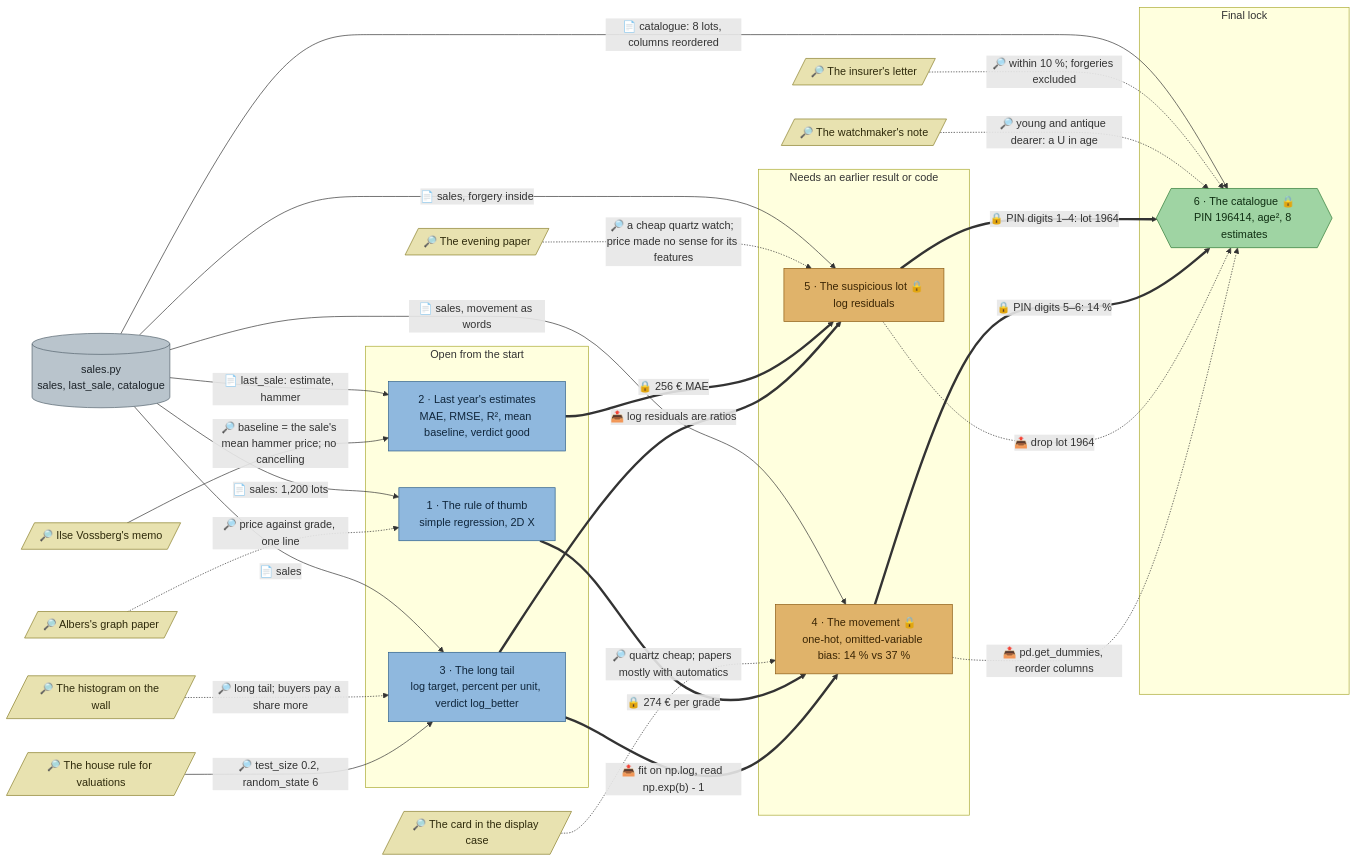
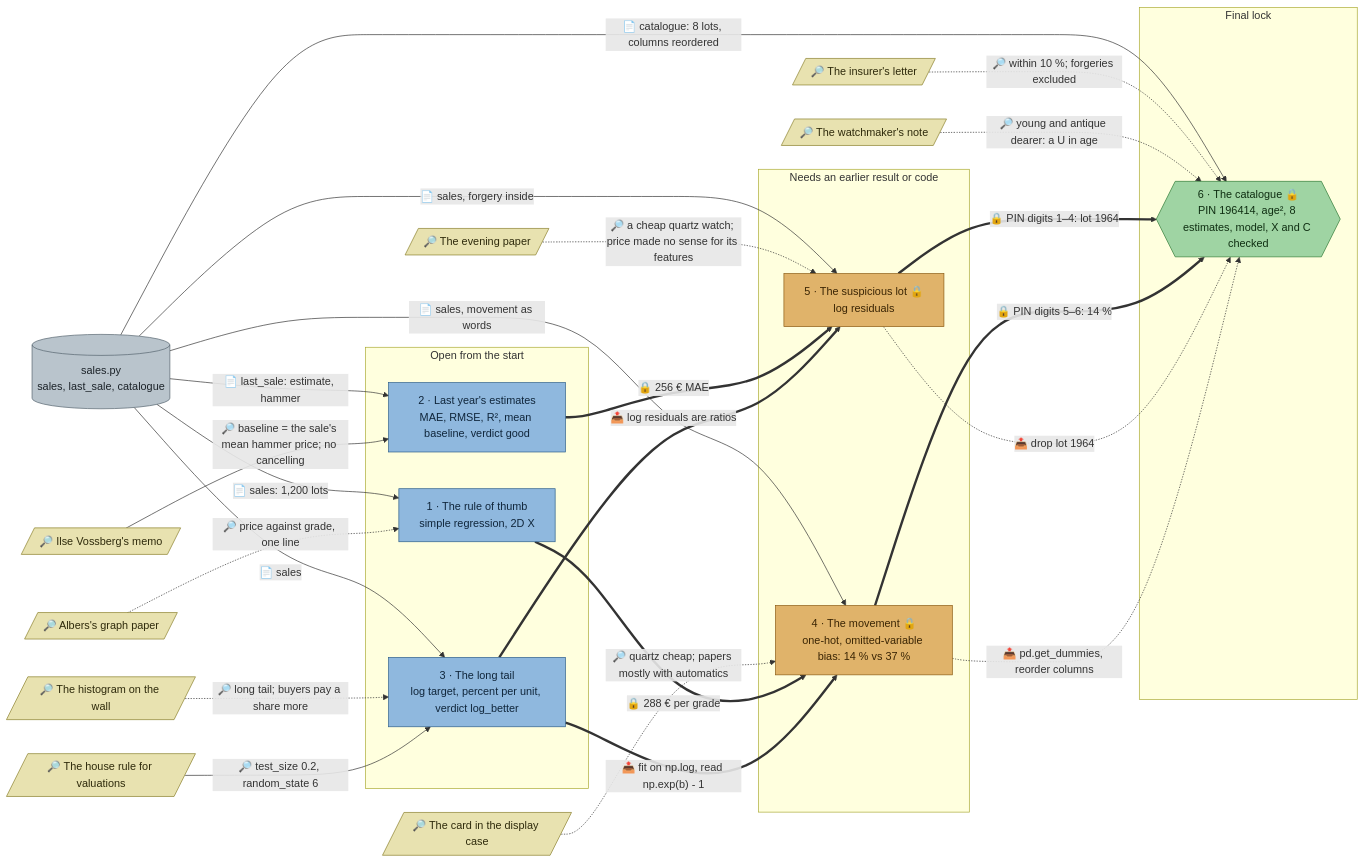
The diagram in docs/flows/ml-auction.md (mhoffmann-wbs/DataScienceEscapeRooms), drawn with Mermaid before and after one commit. The commit also changed other lines of this file and 7 other files, not shown here.

Commit message:
Going Once: the forgery is no longer the dearest quartz, no-name or young watch (it sold for 6,000 € and three genuine lots sold dearer), and the final also checks the team's own model, X and C (no forged lot in X, a log model with age squared, estimates equal to the model's own predictions)

````diff
--- a/docs/flows/ml-auction.md
+++ b/docs/flows/ml-auction.md
@@ -5,64 +5,64 @@
 ```mermaid
 flowchart LR
   alberssketch[/"🔎 Albers's graph paper"/]
   ilsememo[/"🔎 Ilse Vossberg's memo"/]
   histogram[/"🔎 The histogram on the wall"/]
   houserule[/"🔎 The house rule for valuations"/]
   movementcard[/"🔎 The card in the display case"/]
   newspaper[/"🔎 The evening paper"/]
   insurerletter[/"🔎 The insurer's letter"/]
   workshopnote[/"🔎 The watchmaker's note"/]
 
   d_all[("sales.py<br/>sales, last_sale, catalogue")]
 
   subgraph p1["Open from the start"]
     rule["1 · The rule of thumb<br/>simple regression, 2D X"]
     estimates["2 · Last year's estimates<br/>MAE, RMSE, R², mean baseline, verdict good"]
     tail["3 · The long tail<br/>log target, percent per unit, verdict log_better"]
   end
 
   subgraph p2["Needs an earlier result or code"]
     movement["4 · The movement 🔒<br/>one-hot, omitted-variable bias: 14 % vs 37 %"]
     forgery["5 · The suspicious lot 🔒<br/>log residuals"]
   end
 
   subgraph p3["Final lock"]
-    catalogue{{"6 · The catalogue 🔒<br/>PIN 196414, age², 8 estimates"}}
+    catalogue{{"6 · The catalogue 🔒<br/>PIN 196414, age², 8 estimates, model, X and C checked"}}
   end
 
   d_all -->|"📄 sales: 1,200 lots"| rule
   d_all -->|"📄 last_sale: estimate, hammer"| estimates
   d_all -->|"📄 sales"| tail
   d_all -->|"📄 sales, movement as words"| movement
   d_all -->|"📄 sales, forgery inside"| forgery
   d_all -->|"📄 catalogue: 8 lots, columns reordered"| catalogue
 
   alberssketch -.->|"🔎 price against grade, one line"| rule
   ilsememo -->|"🔎 baseline = the sale's mean hammer price; no cancelling"| estimates
   histogram -.->|"🔎 long tail; buyers pay a share more"| tail
   houserule -->|"🔎 test_size 0.2, random_state 6"| tail
   movementcard -.->|"🔎 quartz cheap; papers mostly with automatics"| movement
   newspaper -.->|"🔎 a cheap quartz watch; price made no sense for its features"| forgery
   insurerletter -.->|"🔎 within 10 %; forgeries excluded"| catalogue
   workshopnote -.->|"🔎 young and antique dearer: a U in age"| catalogue
 
-  rule ==>|"🔒 274 € per grade"| movement
+  rule ==>|"🔒 288 € per grade"| movement
   estimates ==>|"🔒 256 € MAE"| forgery
   tail ==>|"📤 fit on np.log, read np.exp(b) - 1"| movement
   tail ==>|"📤 log residuals are ratios"| forgery
   forgery ==>|"🔒 PIN digits 1–4: lot 1964"| catalogue
   movement ==>|"🔒 PIN digits 5–6: 14 %"| catalogue
   forgery -.->|"📤 drop lot 1964"| catalogue
   movement -.->|"📤 pd.get_dummies, reorder columns"| catalogue
 
   classDef station fill:#8fb8de,stroke:#2b5d8a,color:#10263b
   classDef locked fill:#e0b36a,stroke:#8a5a12,color:#3a2504
   classDef clue fill:#e8e2b0,stroke:#8a7f2b,color:#2e2a0b
   classDef data fill:#b9c4cc,stroke:#55636e,color:#1c2329
   classDef final fill:#9fd4a3,stroke:#2f7a36,color:#0f2e12
   class rule,estimates,tail station
   class movement,forgery locked
   class alberssketch,ilsememo,histogram,houserule,movementcard,newspaper,insurerletter,workshopnote clue
   class d_all data
   class catalogue final
 ```
````
